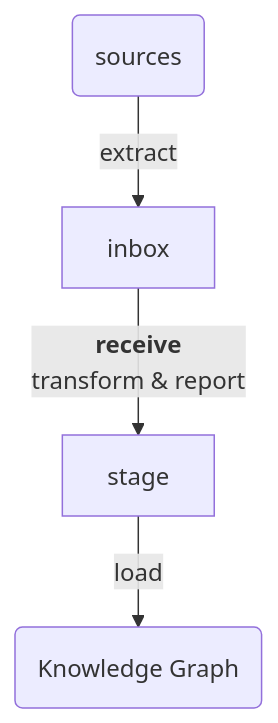
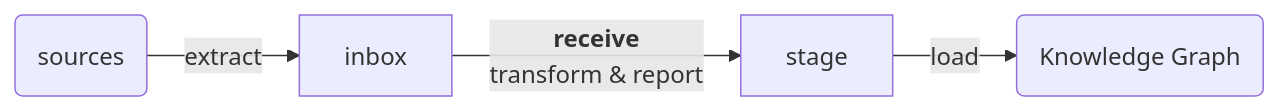
Before and after one commit to nfdi4objects/n4o-import: the diagram in README.md, drawn with Mermaid. The commit also changed other lines of this file, not shown here.

````diff
--- a/README.md
+++ b/README.md
@@ -49,6 +9,6 @@
 ```mermaid
-flowchart TD
+flowchart LR
     sources(sources) -- extract --> inbox
     inbox -- "<b>receive</b><br>transform & report" --> stage
     stage -- load --> kg(Knowledge Graph)
 ```
````
